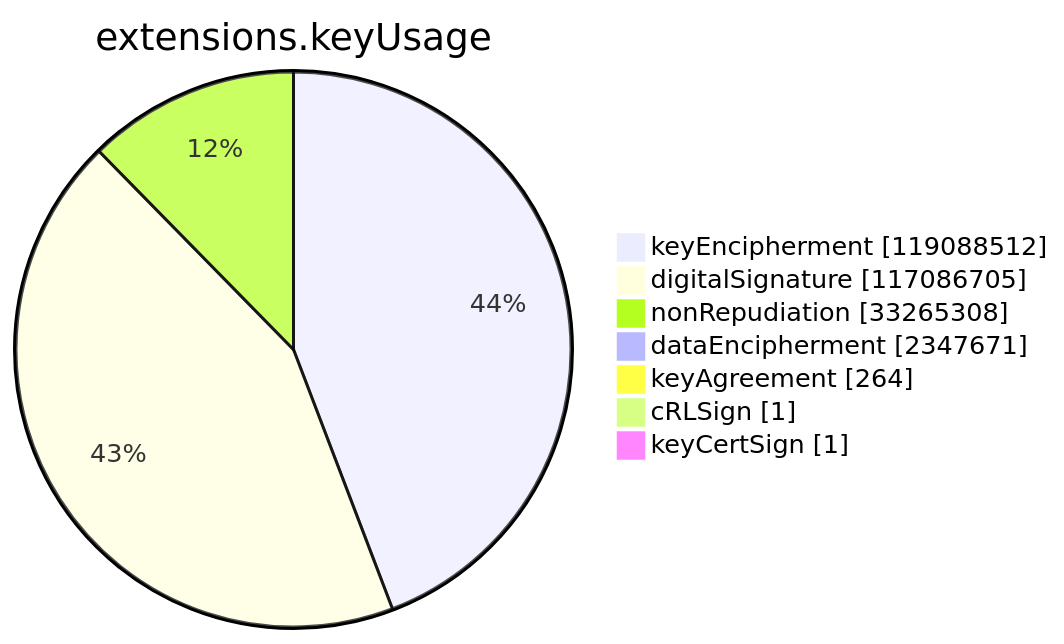
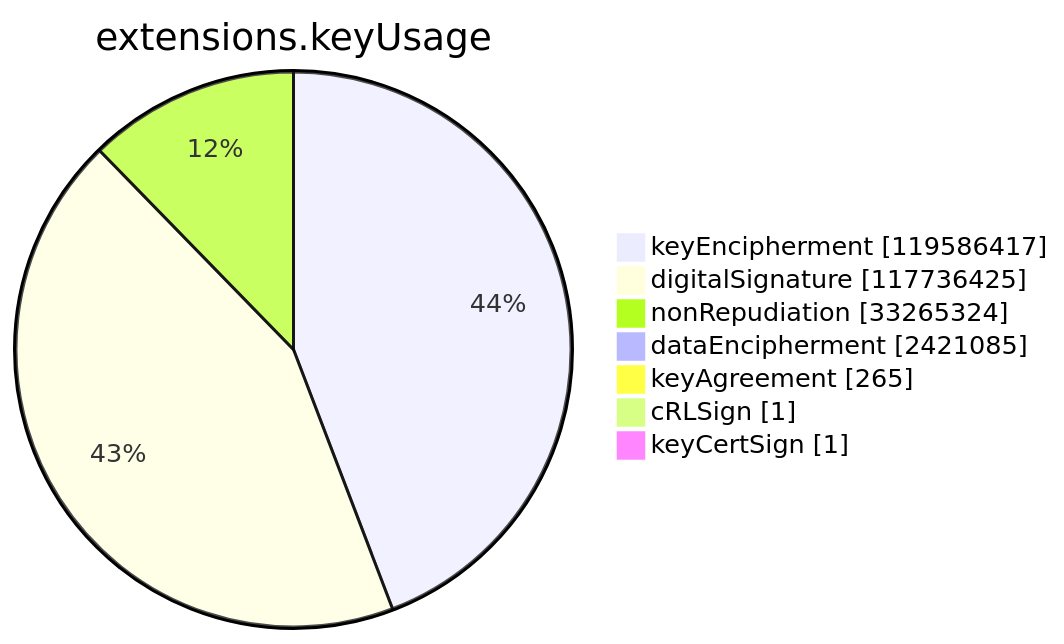
Before and after one commit to christiankrug/ctmonitor_visualization: the sixth of 15 diagrams in xenon2023/README.md, drawn with Mermaid. The commit also changed other lines of this file, not shown here.

````diff
--- a/xenon2023/README.md
+++ b/xenon2023/README.md
@@ -2144,11 +2147,11 @@
 ```mermaid
 pie showData
 title extensions.keyUsage
-"keyEncipherment" :119088512
-"digitalSignature" :117086705
-"nonRepudiation" :33265308
-"dataEncipherment" :2347671
-"keyAgreement" :264
+"keyEncipherment" :119586417
+"digitalSignature" :117736425
+"nonRepudiation" :33265324
+"dataEncipherment" :2421085
+"keyAgreement" :265
 "cRLSign" :1
 "keyCertSign" :1
 ```
````
